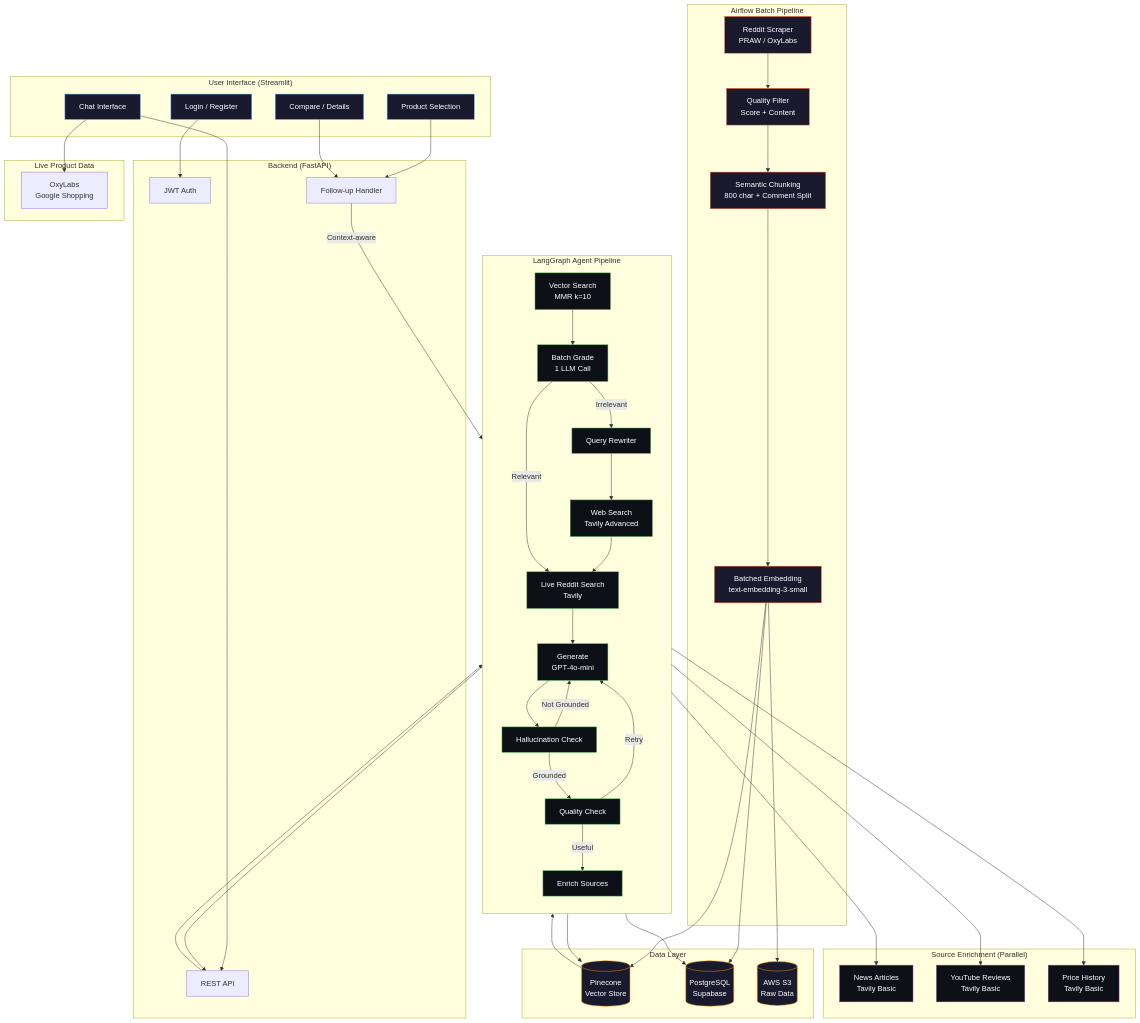
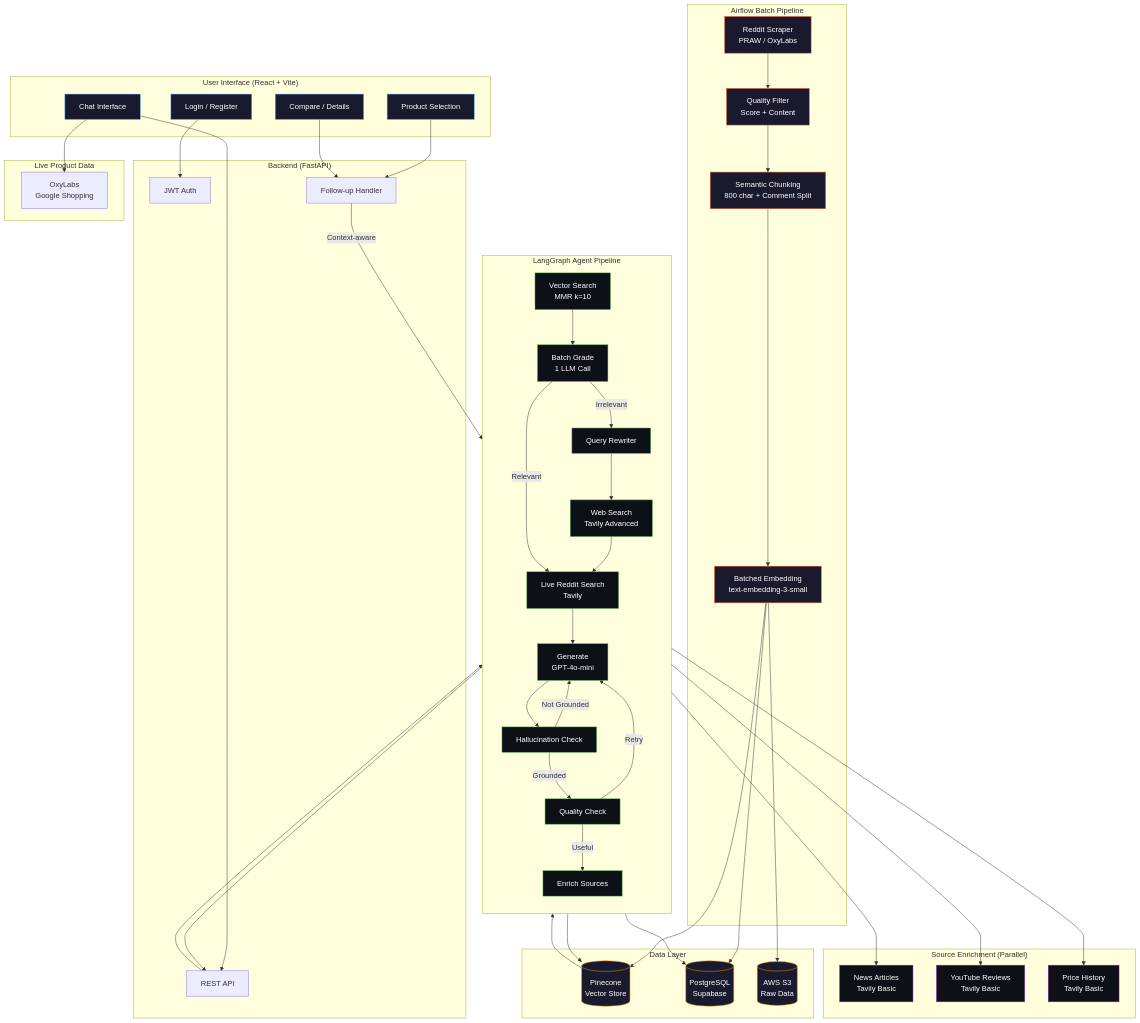
One commit to mubinmodi/Rekomme-AI-shopping-assistant changed the first of 3 diagrams in Architecture/architecture.md. Above: the diagram before and after it, drawn with Mermaid. The commit also changed 22 other files, not shown here.

First line of the commit message:
Replace Streamlit frontend with a React single-page app

````diff
--- a/Architecture/architecture.md
+++ b/Architecture/architecture.md
@@ -5,6 +5,6 @@
 ```mermaid
 graph TB
-    subgraph USER["User Interface (Streamlit)"]
+    subgraph USER["User Interface (React + Vite)"]
         LOGIN[Login / Register]
         CHAT[Chat Interface]
         SELECT[Product Selection]
````
